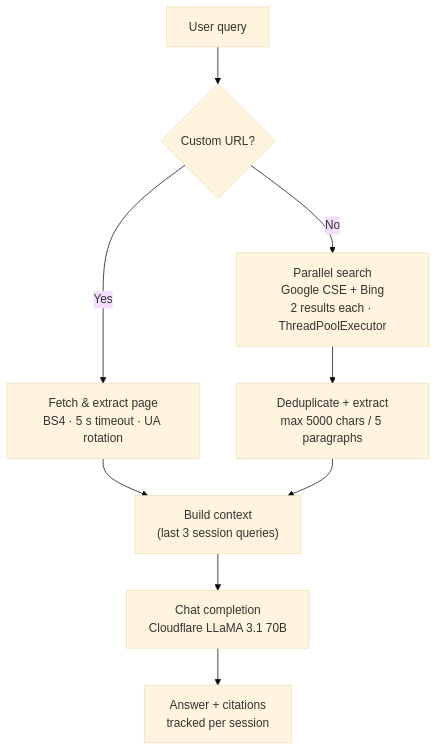
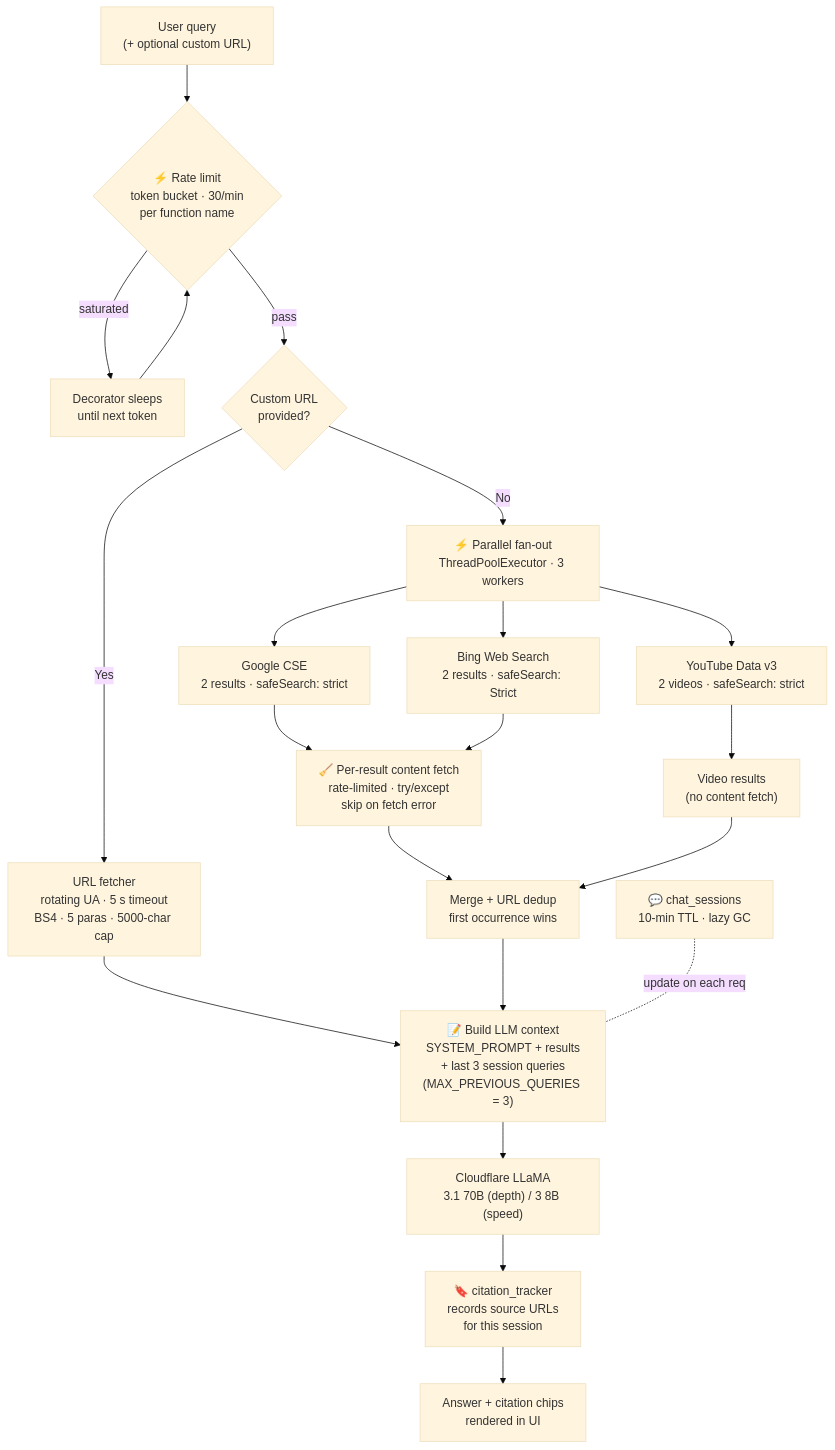
One commit to paritoshtripathi935/MiniPerplexity changed the second of 2 diagrams in readme.md. Above: the diagram before and after it, drawn with Mermaid (base theme). The commit also changed other lines of this file, not shown here.

First line of the commit message:
docs(readme): expand mermaid diagrams with rate limiter, prompts, filters, YouTube

````diff
--- a/readme.md
+++ b/readme.md
@@ -57,11 +86,23 @@
 ```mermaid
 flowchart TD
-    Q["User query"] --> S{"Custom URL?"}
-    S -- "Yes" --> U["Fetch & extract page<br/>BS4 · 5 s timeout · UA rotation"]
-    S -- "No" --> P["Parallel search<br/>Google CSE + Bing<br/>2 results each · ThreadPoolExecutor"]
-    U --> CX["Build context<br/>(last 3 session queries)"]
-    P --> D["Deduplicate + extract<br/>max 5000 chars / 5 paragraphs"]
-    D --> CX
-    CX --> LLM["Chat completion<br/>Cloudflare LLaMA 3.1 70B"]
-    LLM --> R["Answer + citations<br/>tracked per session"]
+    Q["User query<br/>(+ optional custom URL)"] --> RL{"⚡ Rate limit<br/>token bucket · 30/min<br/>per function name"}
+    RL -- "saturated" --> RL1["Decorator sleeps<br/>until next token"]
+    RL1 --> RL
+    RL -- "pass" --> S{"Custom URL<br/>provided?"}
+    S -- "Yes" --> UF["URL fetcher<br/>rotating UA · 5 s timeout<br/>BS4 · 5 paras · 5000-char cap"]
+    S -- "No" --> PAR["⚡ Parallel fan-out<br/>ThreadPoolExecutor · 3 workers"]
+    PAR --> GS["Google CSE<br/>2 results · safeSearch: strict"]
+    PAR --> BS["Bing Web Search<br/>2 results · safeSearch: Strict"]
+    PAR --> YS["YouTube Data v3<br/>2 videos · safeSearch: strict"]
+    GS --> FE["🧹 Per-result content fetch<br/>rate-limited · try/except<br/>skip on fetch error"]
+    BS --> FE
+    YS --> VR["Video results<br/>(no content fetch)"]
+    FE --> MRG["Merge + URL dedup<br/>first occurrence wins"]
+    VR --> MRG
+    UF --> CTX
+    MRG --> CTX["📝 Build LLM context<br/>SYSTEM_PROMPT + results<br/>+ last 3 session queries<br/>(MAX_PREVIOUS_QUERIES = 3)"]
+    CTX --> LLM["Cloudflare LLaMA<br/>3.1 70B (depth) / 3 8B (speed)"]
+    LLM --> CT["🔖 citation_tracker<br/>records source URLs<br/>for this session"]
+    CT --> ANS["Answer + citation chips<br/>rendered in UI"]
+    SESS["💬 chat_sessions<br/>10-min TTL · lazy GC"] -. "update on each req" .- CTX
 ```
````
